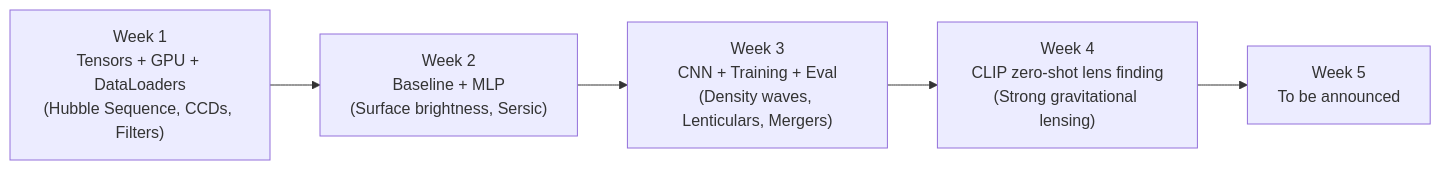
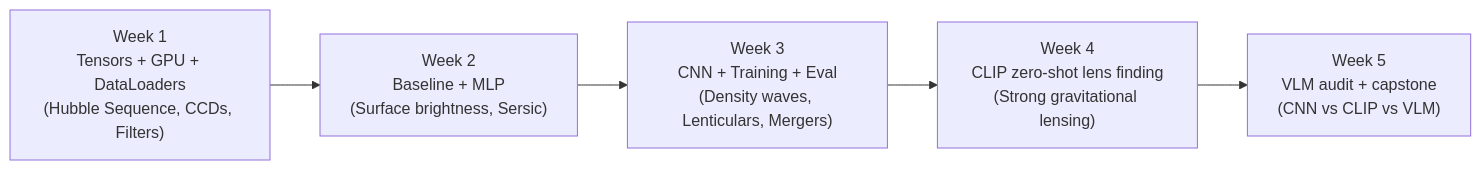
The first of 2 diagrams in ML-Astronomy/README.md (itxprashant/csot-ml-astronomy), drawn with Mermaid before and after one commit. The commit also changed other lines of this file and 10 other files, not shown here.

````diff
--- a/ML-Astronomy/README.md
+++ b/ML-Astronomy/README.md
@@ -164,7 +164,7 @@
 ```mermaid
 flowchart LR
     W1["Week 1<br/>Tensors + GPU + DataLoaders<br/>(Hubble Sequence, CCDs, Filters)"] --> W2["Week 2<br/>Baseline + MLP<br/>(Surface brightness, Sersic)"]
     W2 --> W3["Week 3<br/>CNN + Training + Eval<br/>(Density waves, Lenticulars, Mergers)"]
     W3 --> W4["Week 4<br/>CLIP zero-shot lens finding<br/>(Strong gravitational lensing)"]
-    W4 --> W5["Week 5<br/>To be announced"]
+    W4 --> W5["Week 5<br/>VLM audit + capstone<br/>(CNN vs CLIP vs VLM)"]
 ```
````
